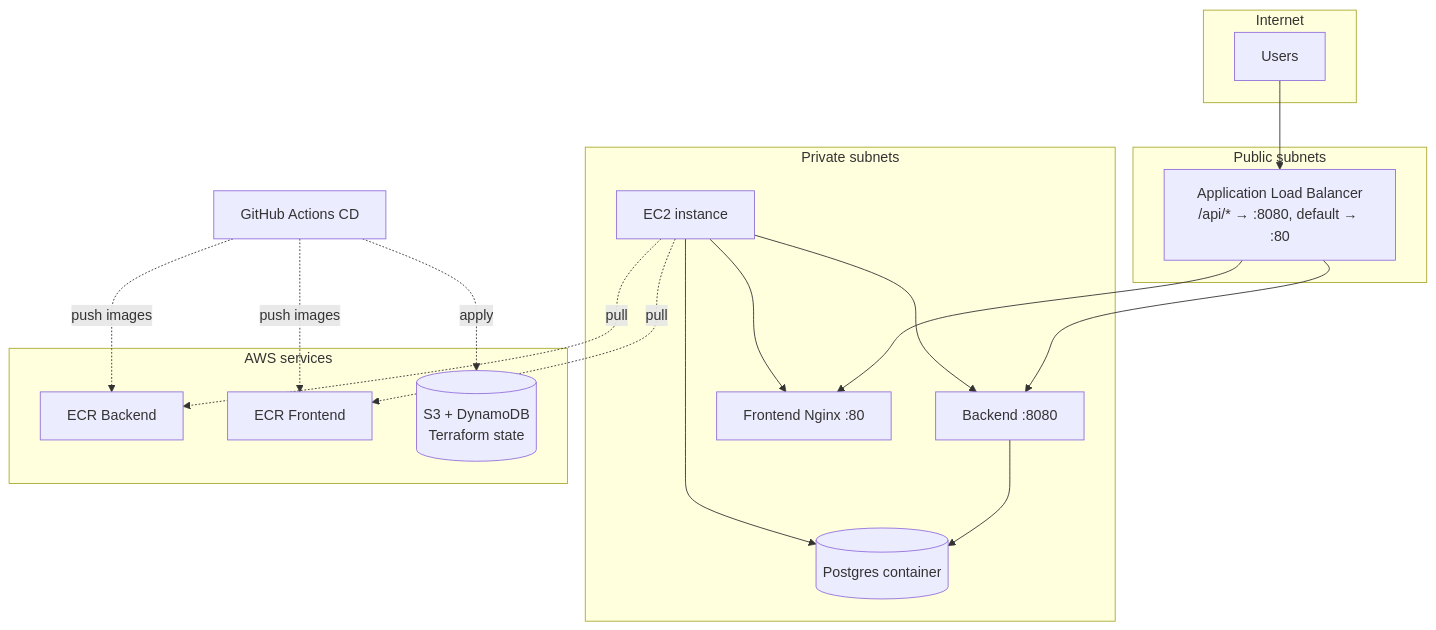
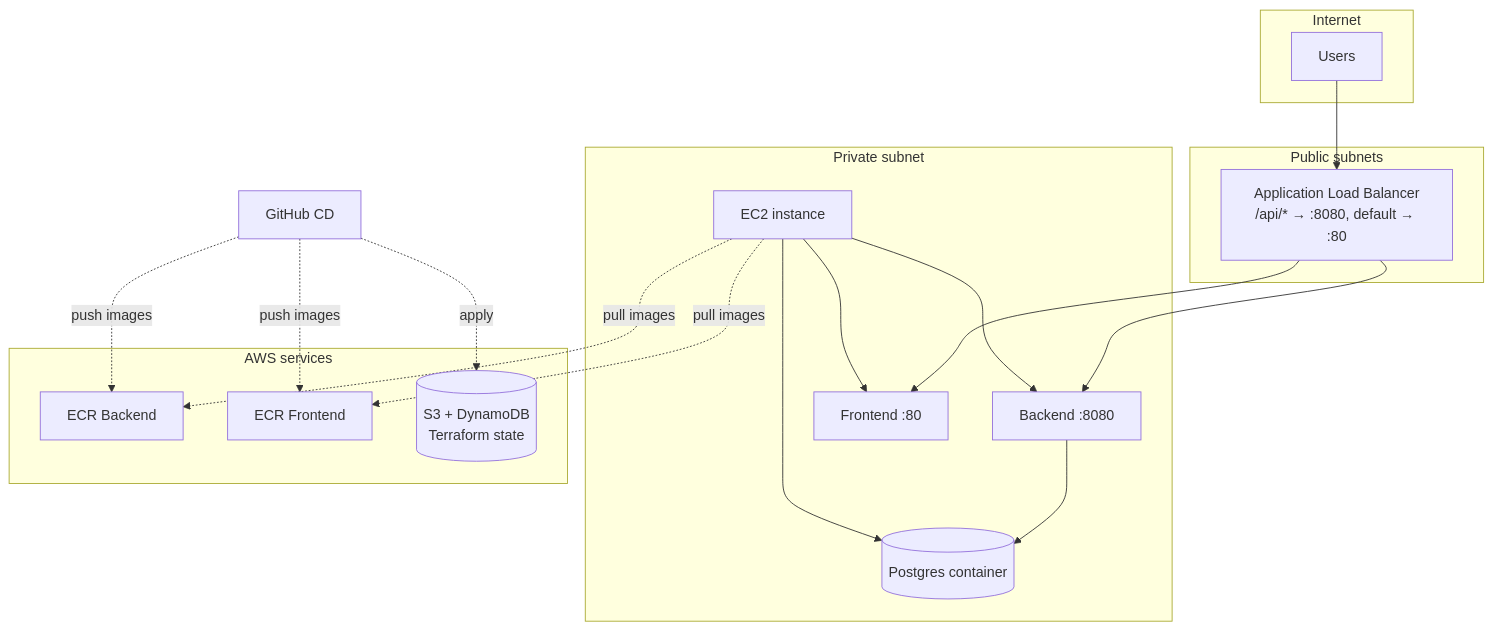
The sixth of 8 diagrams in devops/README.md (AmaliTech-Training-Academy/NSP_25_26_Team_5), drawn with Mermaid before and after one commit. The commit also changed other lines of this file and 2 other files, not shown here.

````diff
--- a/devops/README.md
+++ b/devops/README.md
@@ -150,33 +213,32 @@
 ```mermaid
 flowchart TB
   subgraph internet["Internet"]
     User[Users]
   end
-
   subgraph public["Public subnets"]
     ALB[Application Load Balancer<br/>/api/* → :8080, default → :80]
   end
-
-  subgraph private["Private subnets"]
+  subgraph private["Private subnet"]
     EC2[EC2 instance]
-    EC2 --> Postgres[(Postgres container)]
-    EC2 --> Backend[Backend :8080]
-    EC2 --> Frontend[Frontend Nginx :80]
+    PG[(Postgres container)]
+    BE[Backend :8080]
+    FE[Frontend :80]
+    EC2 --> PG
+    EC2 --> BE
+    EC2 --> FE
   end
-
-  subgraph aws_services["AWS services"]
+  subgraph aws["AWS services"]
     ECR_B[ECR Backend]
     ECR_F[ECR Frontend]
     S3[(S3 + DynamoDB<br/>Terraform state)]
   end
-
   User --> ALB
-  ALB --> Backend
-  ALB --> Frontend
-  Backend --> Postgres
-  EC2 -.->|pull| ECR_B
-  EC2 -.->|pull| ECR_F
-  cd[GitHub Actions CD] -.->|push images| ECR_B
-  cd -.->|push images| ECR_F
-  cd -.->|apply| S3
+  ALB --> BE
+  ALB --> FE
+  BE --> PG
+  EC2 -.->|pull images| ECR_B
+  EC2 -.->|pull images| ECR_F
+  CD[GitHub CD] -.->|push images| ECR_B
+  CD -.->|push images| ECR_F
+  CD -.->|apply| S3
 ```
````
